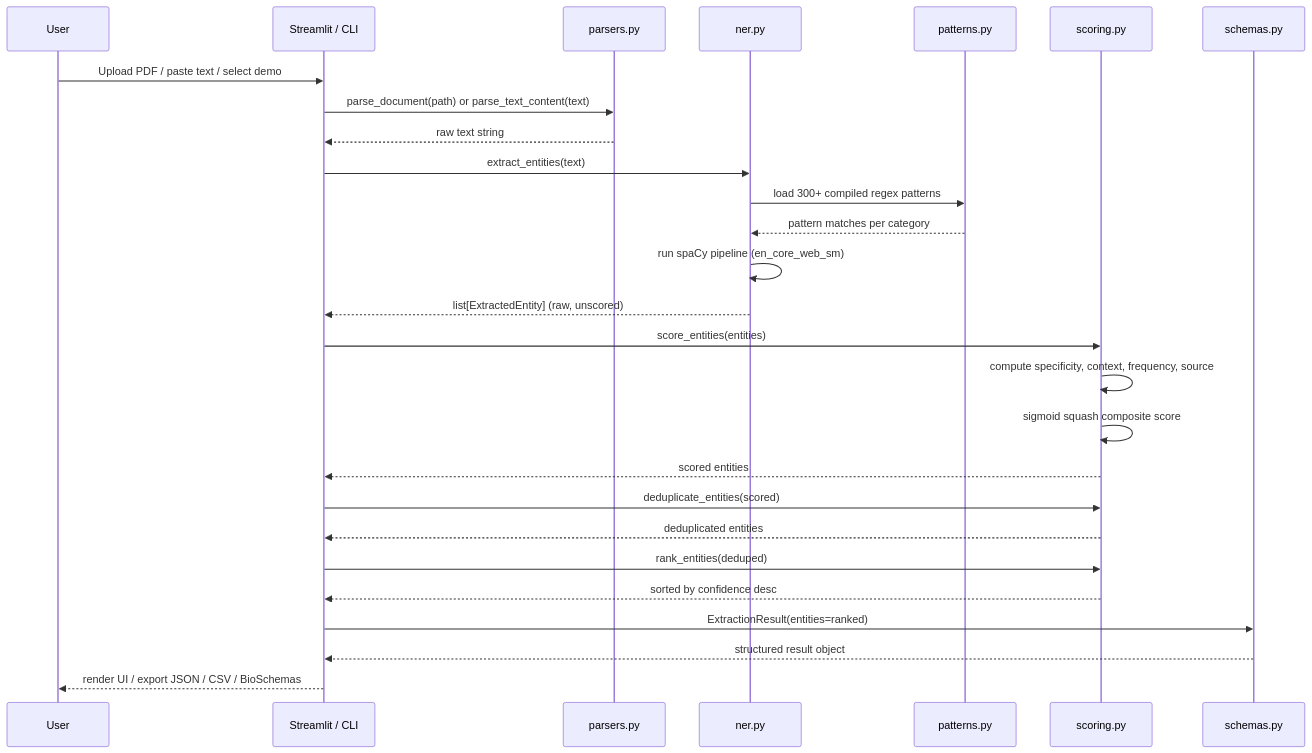
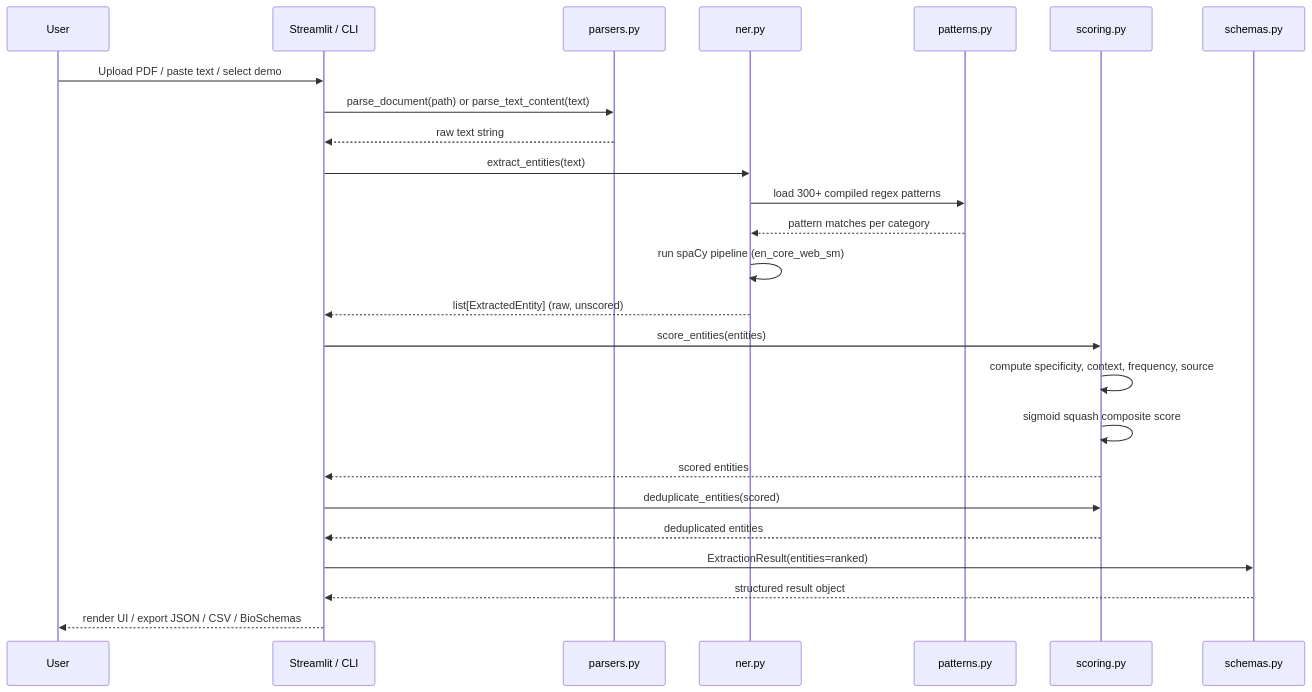
One commit to Akasxh/lablens changed the second of 2 diagrams in README.md. Above: the diagram before and after it, drawn with Mermaid. The commit also changed other lines of this file and 1 other file, not shown here.

````diff
--- a/README.md
+++ b/README.md
@@ -143,35 +141,32 @@
 ```mermaid
 sequenceDiagram
     participant User
     participant App as Streamlit / CLI
     participant Parser as parsers.py
     participant NER as ner.py
     participant Patterns as patterns.py
     participant Scorer as scoring.py
     participant Schema as schemas.py
 
     User->>App: Upload PDF / paste text / select demo
     App->>Parser: parse_document(path) or parse_text_content(text)
     Parser-->>App: raw text string
 
     App->>NER: extract_entities(text)
     NER->>Patterns: load 300+ compiled regex patterns
     Patterns-->>NER: pattern matches per category
     NER->>NER: run spaCy pipeline (en_core_web_sm)
     NER-->>App: list[ExtractedEntity] (raw, unscored)
 
     App->>Scorer: score_entities(entities)
     Scorer->>Scorer: compute specificity, context, frequency, source
     Scorer->>Scorer: sigmoid squash composite score
     Scorer-->>App: scored entities
 
     App->>Scorer: deduplicate_entities(scored)
     Scorer-->>App: deduplicated entities
 
-    App->>Scorer: rank_entities(deduped)
-    Scorer-->>App: sorted by confidence desc
-
     App->>Schema: ExtractionResult(entities=ranked)
     Schema-->>App: structured result object
     App-->>User: render UI / export JSON / CSV / BioSchemas
 ```
````
